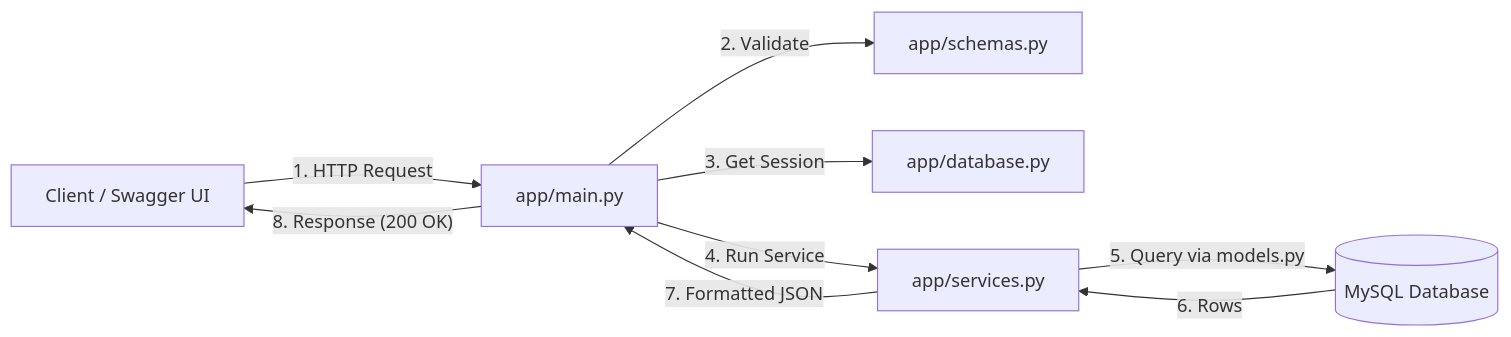
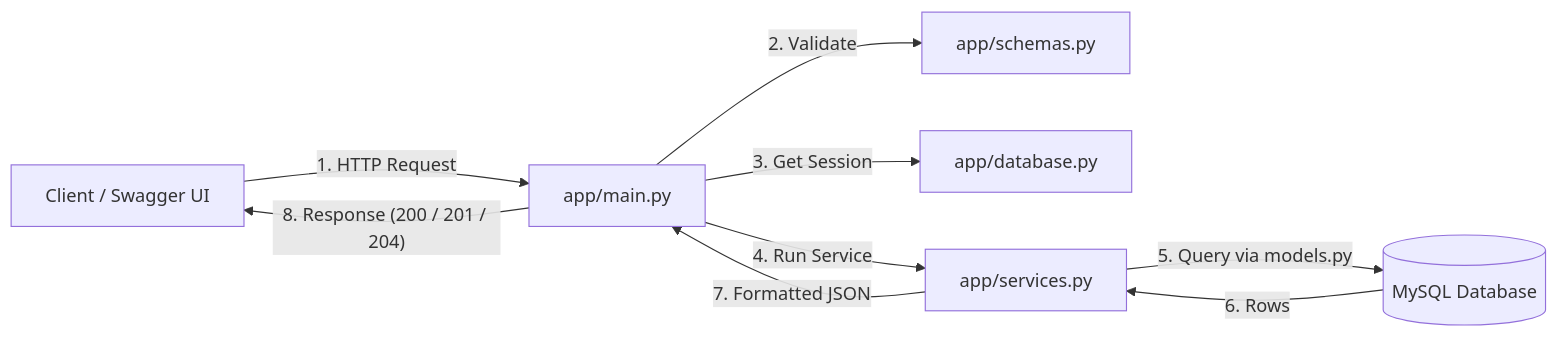
The second of 2 diagrams in readme.md (chandanabudaati2/FastAPI-Employee-Management), drawn with Mermaid before and after one commit. The commit also changed other lines of this file and 3 other files, not shown here.

````diff
--- a/readme.md
+++ b/readme.md
@@ -96,11 +158,11 @@
 ```mermaid
 flowchart LR
     A["Client / Swagger UI"] -->|"1. HTTP Request"| B["app/main.py"]
     B -->|"2. Validate"| C["app/schemas.py"]
     B -->|"3. Get Session"| D["app/database.py"]
     B -->|"4. Run Service"| E["app/services.py"]
     E -->|"5. Query via models.py"| F[("MySQL Database")]
     F -->|"6. Rows"| E
     E -->|"7. Formatted JSON"| B
-    B -->|"8. Response (200 OK)"| A
+    B -->|"8. Response (200 / 201 / 204)"| A
 ```
````
